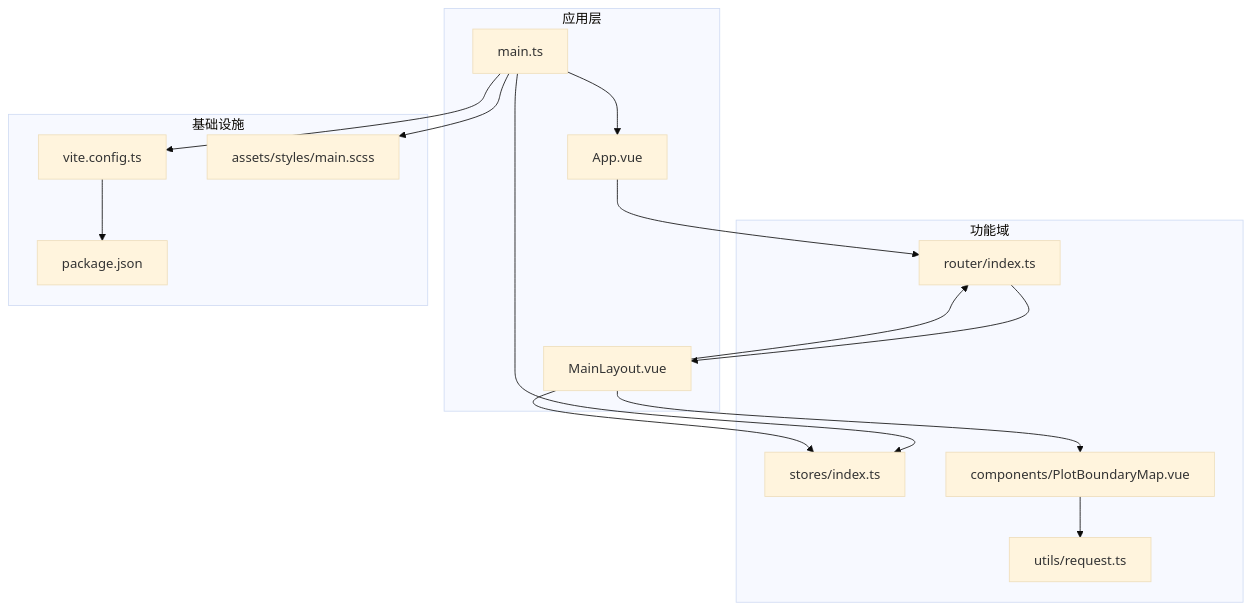
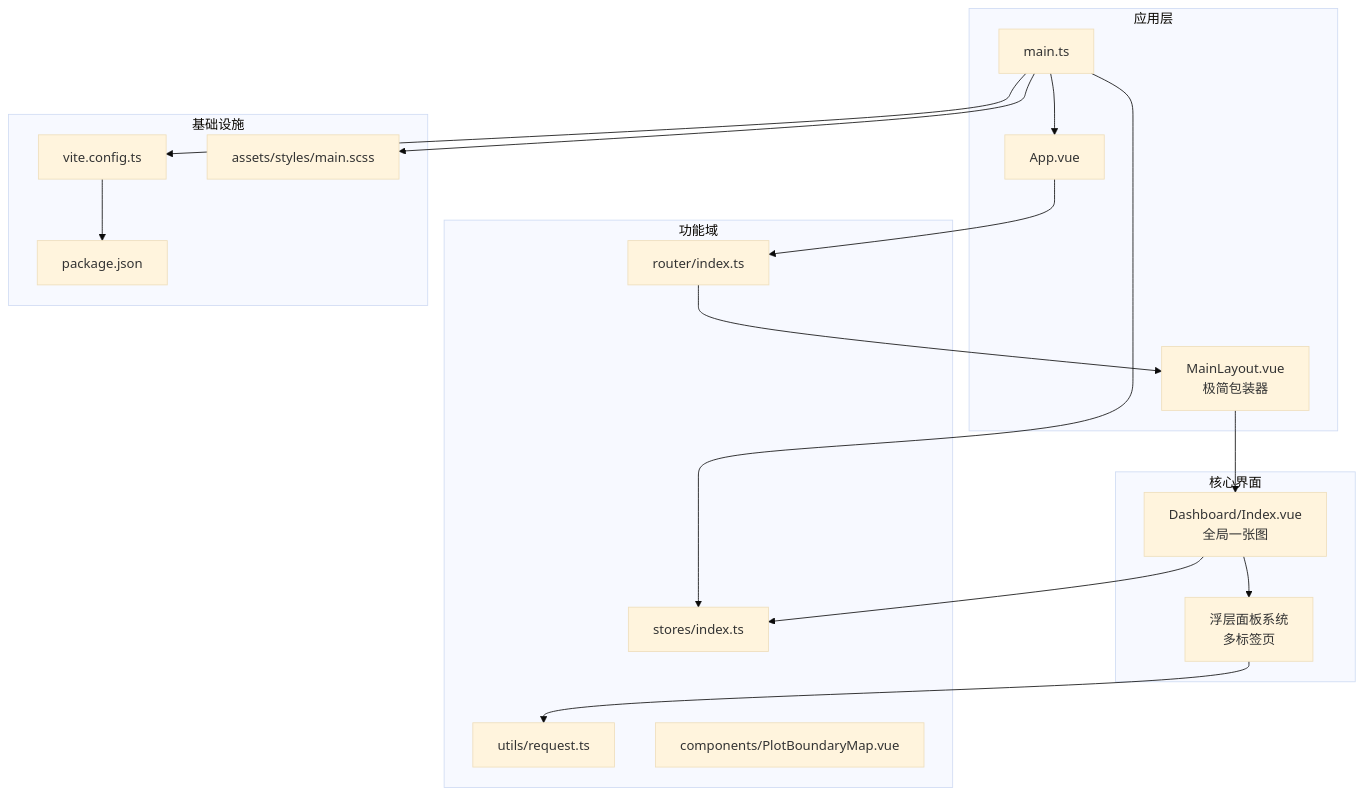
Before and after one commit to q446328246/agri-platform: the second of 11 diagrams in .qoder/repowiki/zh/content/前端应用文档/应用架构.md, drawn with Mermaid (base theme). The commit also changed other lines of this file and 39 other files, not shown here.

````diff
--- a/.qoder/repowiki/zh/content/前端应用文档/应用架构.md
+++ b/.qoder/repowiki/zh/content/前端应用文档/应用架构.md
@@ -102,30 +114,34 @@
 ```mermaid
 graph TB
 subgraph "应用层"
 A_MAIN["main.ts"]
 A_APP["App.vue"]
-A_LAYOUT["MainLayout.vue"]
+A_LAYOUT["MainLayout.vue<br/>极简包装器"]
+end
+subgraph "核心界面"
+D_DASHBOARD["Dashboard/Index.vue<br/>全局一张图"]
+D_PANELS["浮层面板系统<br/>多标签页"]
 end
 subgraph "功能域"
 R_ROUTER["router/index.ts"]
 S_STORES["stores/index.ts"]
 U_REQUEST["utils/request.ts"]
 C_MAP["components/PlotBoundaryMap.vue"]
 end
 subgraph "基础设施"
 P_VITE["vite.config.ts"]
 P_PKG["package.json"]
 S_STYLE["assets/styles/main.scss"]
 end
 A_MAIN --> A_APP
 A_APP --> R_ROUTER
 R_ROUTER --> A_LAYOUT
-A_LAYOUT --> C_MAP
+A_LAYOUT --> D_DASHBOARD
+D_DASHBOARD --> D_PANELS
 A_MAIN --> S_STORES
 A_MAIN --> S_STYLE
-A_LAYOUT --> S_STORES
-A_LAYOUT --> R_ROUTER
-C_MAP --> U_REQUEST
+D_DASHBOARD --> S_STORES
+D_PANELS --> U_REQUEST
 A_MAIN --> P_VITE
 P_VITE --> P_PKG
 ```
````
